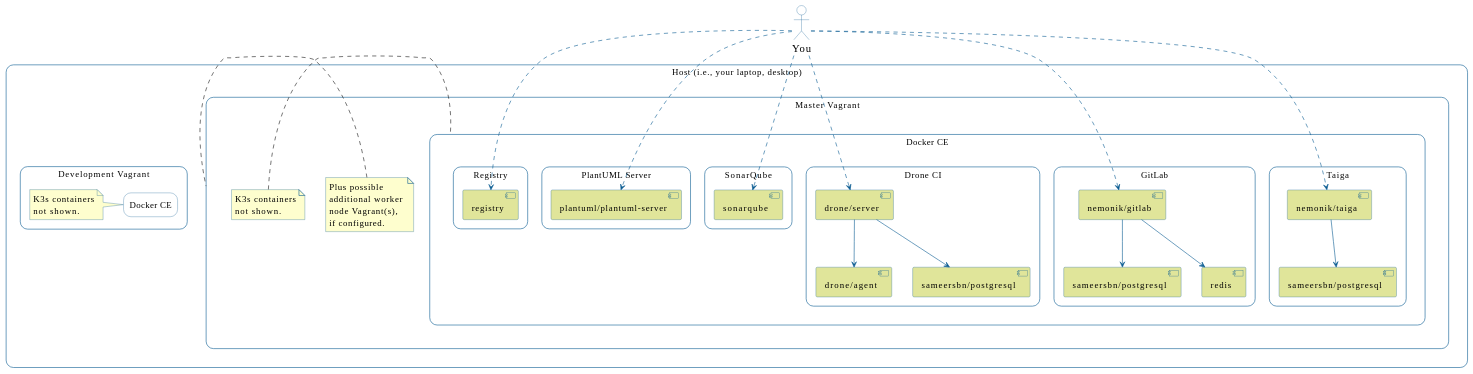
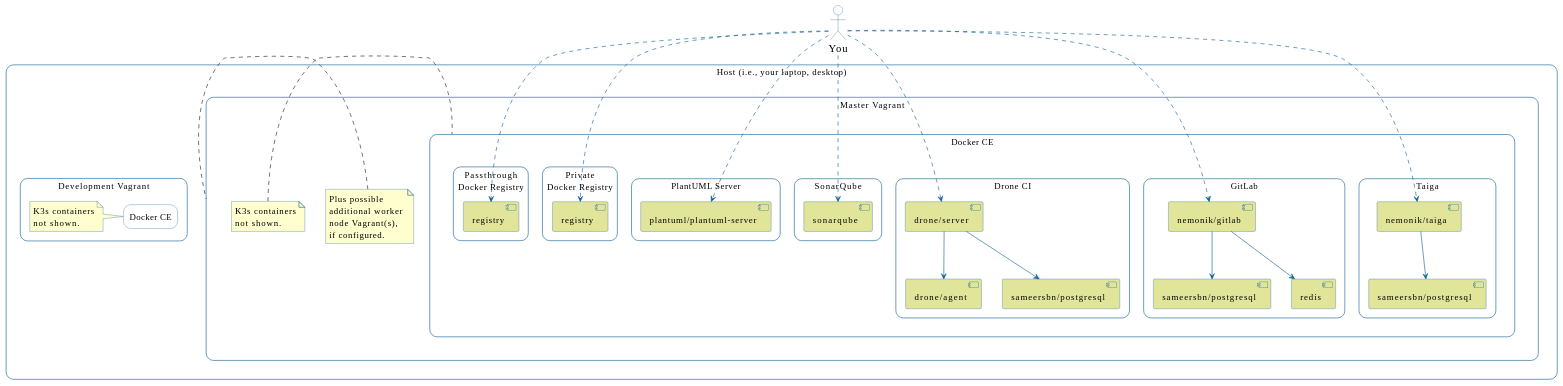
One commit to nemonik/hands-on-DevOps changed the first of 33 diagrams in README.md. Above: the diagram before and after it, drawn with PlantUML. The commit also changed other lines of this file, not shown here.

````diff
--- a/README.md
+++ b/README.md
@@ -694,9 +694,14 @@
 				component "plantuml/plantuml-server" as plantuml_server
 			}
 
-			rectangle "Registry" {
-				component "registry" as registry
+			rectangle "Private\nDocker Registry" {
+				component "registry" as private_registry
 			}
+
+      rectangle "Passthrough\nDocker Registry" {
+				component "registry" as passthrough_registry
+			}
+
 		}
 
     note left of master
@@ -736,7 +741,9 @@
 you .[#0B5C92].> taiga
 you .[#0B5C92].> plantuml_server
 you .[#0B5C92].> drone_server
-you .[#0B5C92].> registry
+you .[#0B5C92].> private_registry
+you .[#0B5C92].> passthrough_registry
+
 
 @enduml
 ```
````
